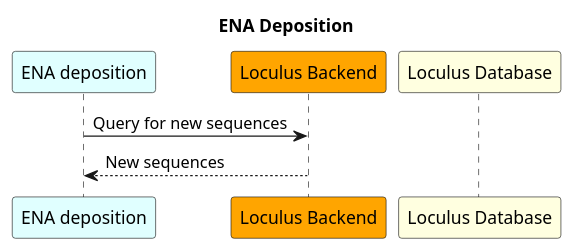
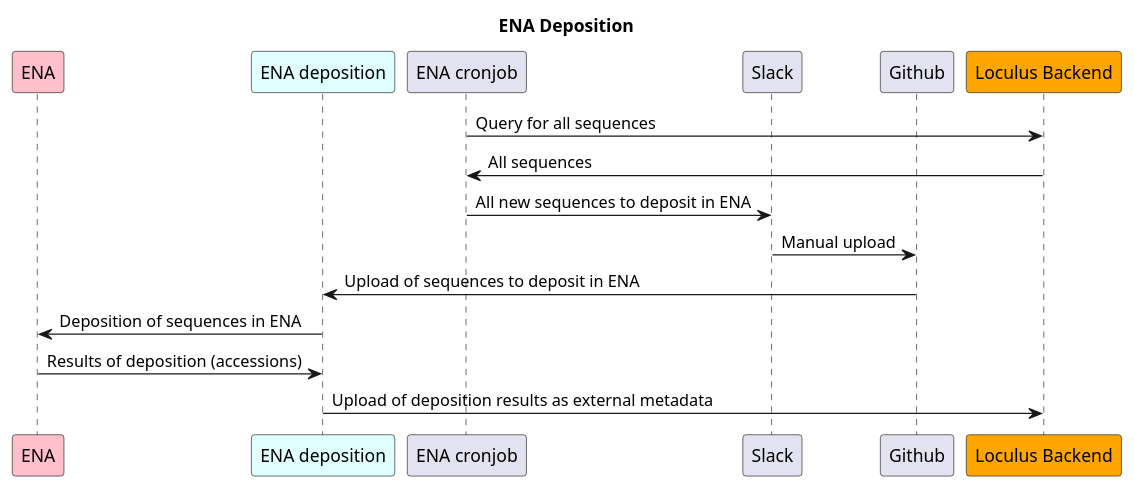
Before and after one commit to loculus-project/loculus: the diagram in architecture_docs/plantuml/06_ena_deposition.puml, drawn with PlantUML. The commit also changed 2 other files, not shown here.

Commit message:
Add graph of ena deposition

```diff
--- a/architecture_docs/plantuml/06_ena_deposition.puml
+++ b/architecture_docs/plantuml/06_ena_deposition.puml
@@ -1,14 +1,21 @@
 @startuml
 
 title ENA Deposition
 
+participant "ENA" as ena #Pink
 participant "ENA deposition" as deposition #LightCyan
+participant "ENA cronjob" as enacronjob
+participant "Slack" as slack
+participant "Github" as github
 participant "Loculus Backend" as backend #Orange
-participant "Loculus Database" as db #LightYellow
 
-deposition -> backend: Query for new sequences
-backend --> deposition: New sequences
-
-' What happens next?
+enacronjob -> backend: Query for all sequences
+backend -> enacronjob: All sequences
+enacronjob -> slack: All new sequences to deposit in ENA
+slack -> github: Manual upload
+github -> deposition: Upload of sequences to deposit in ENA
+deposition -> ena: Deposition of sequences in ENA
+ena -> deposition: Results of deposition (accessions)
+deposition -> backend: Upload of deposition results as external metadata
 
 @enduml
```
